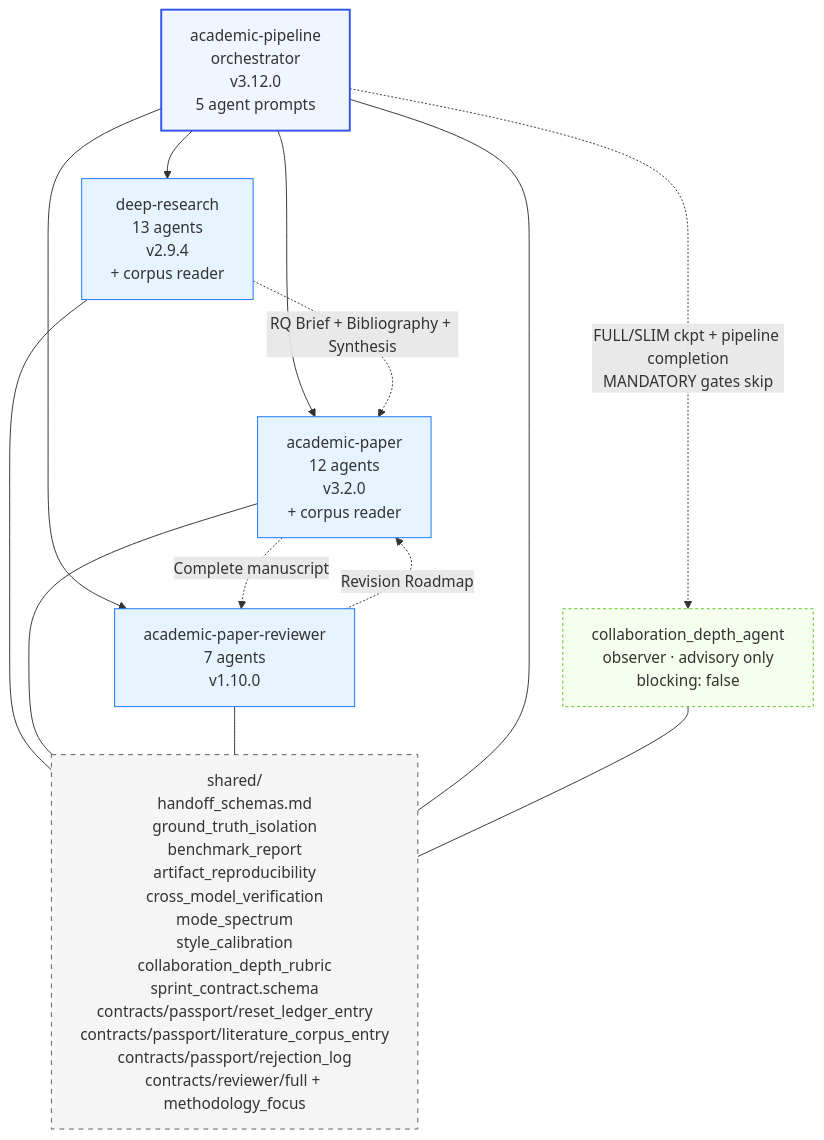
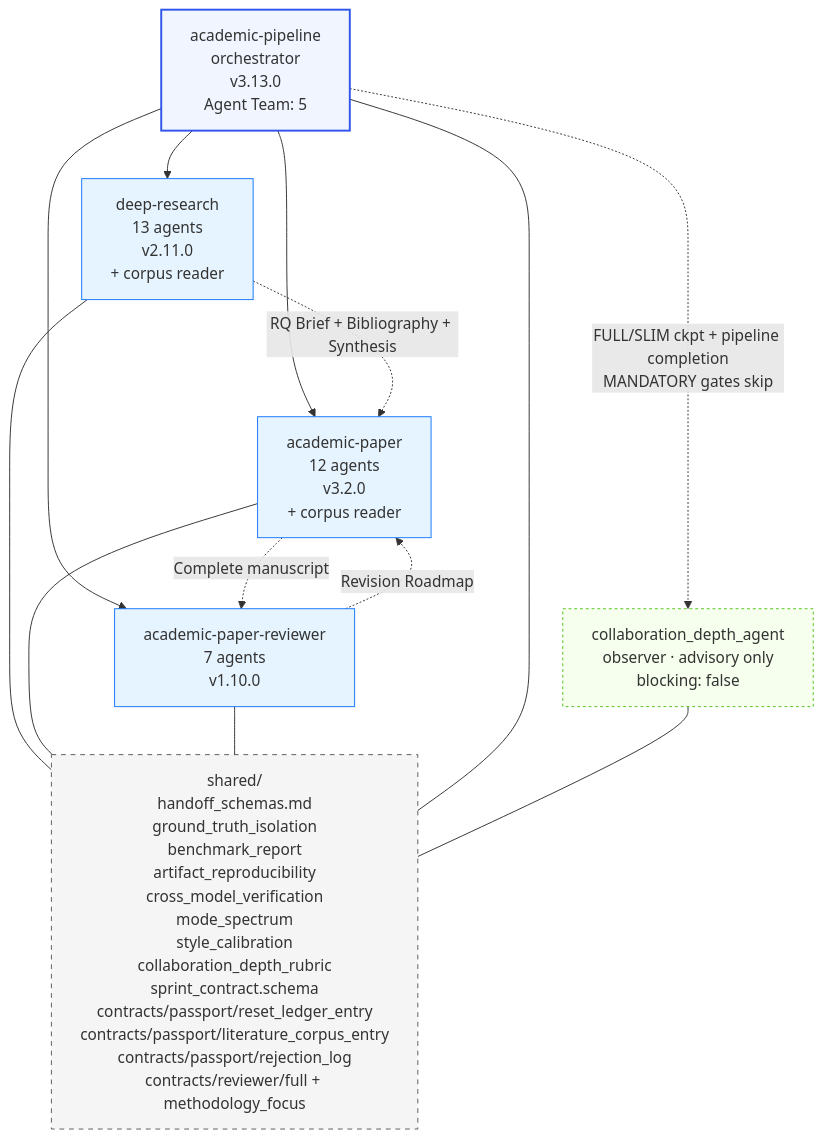
The fourth of 5 diagrams in skills/urban-exposure-review-radar-workflow/subskills/academic-research-suite/ars/docs/ARCHITECTURE.md (Lzy599775/agent-auto-sci-skills), drawn with Mermaid before and after one commit. The commit also changed other lines of this file and 150 other files, not shown here.

````diff
--- a/skills/urban-exposure-review-radar-workflow/subskills/academic-research-suite/ars/docs/ARCHITECTURE.md
+++ b/skills/urban-exposure-review-radar-workflow/subskills/academic-research-suite/ars/docs/ARCHITECTURE.md
@@ -228,31 +201,31 @@
 ```mermaid
 graph TD
-    Pipeline[academic-pipeline<br/>orchestrator<br/>v3.12.0<br/>5 agent prompts]
+    Pipeline[academic-pipeline<br/>orchestrator<br/>v3.13.0<br/>Agent Team: 5]
     Observer[collaboration_depth_agent<br/>observer · advisory only<br/>blocking: false]
-    DR[deep-research<br/>13 agents<br/>v2.9.4<br/>+ corpus reader]
+    DR[deep-research<br/>13 agents<br/>v2.11.0<br/>+ corpus reader]
     AP[academic-paper<br/>12 agents<br/>v3.2.0<br/>+ corpus reader]
     APR[academic-paper-reviewer<br/>7 agents<br/>v1.10.0]
     Shared[shared/<br/>handoff_schemas.md<br/>ground_truth_isolation<br/>benchmark_report<br/>artifact_reproducibility<br/>cross_model_verification<br/>mode_spectrum<br/>style_calibration<br/>collaboration_depth_rubric<br/>sprint_contract.schema<br/>contracts/passport/reset_ledger_entry<br/>contracts/passport/literature_corpus_entry<br/>contracts/passport/rejection_log<br/>contracts/reviewer/full + methodology_focus]
 
     Pipeline --> DR
     Pipeline --> AP
     Pipeline --> APR
     Pipeline -. "FULL/SLIM ckpt + pipeline completion<br/>MANDATORY gates skip" .-> Observer
     DR -. "RQ Brief + Bibliography + Synthesis" .-> AP
     AP -. "Complete manuscript" .-> APR
     APR -. "Revision Roadmap" .-> AP
     DR --- Shared
     AP --- Shared
     APR --- Shared
     Pipeline --- Shared
     Observer --- Shared
 
     classDef orch fill:#f0f5ff,stroke:#2f54eb,stroke-width:2px
     classDef skill fill:#e6f4ff,stroke:#1677ff
     classDef shared fill:#f5f5f5,stroke:#595959,stroke-dasharray:5 5
     classDef observer fill:#f6ffed,stroke:#52c41a,stroke-dasharray:3 3
     class Pipeline orch
     class DR,AP,APR skill
     class Shared shared
     class Observer observer
 ```
````
